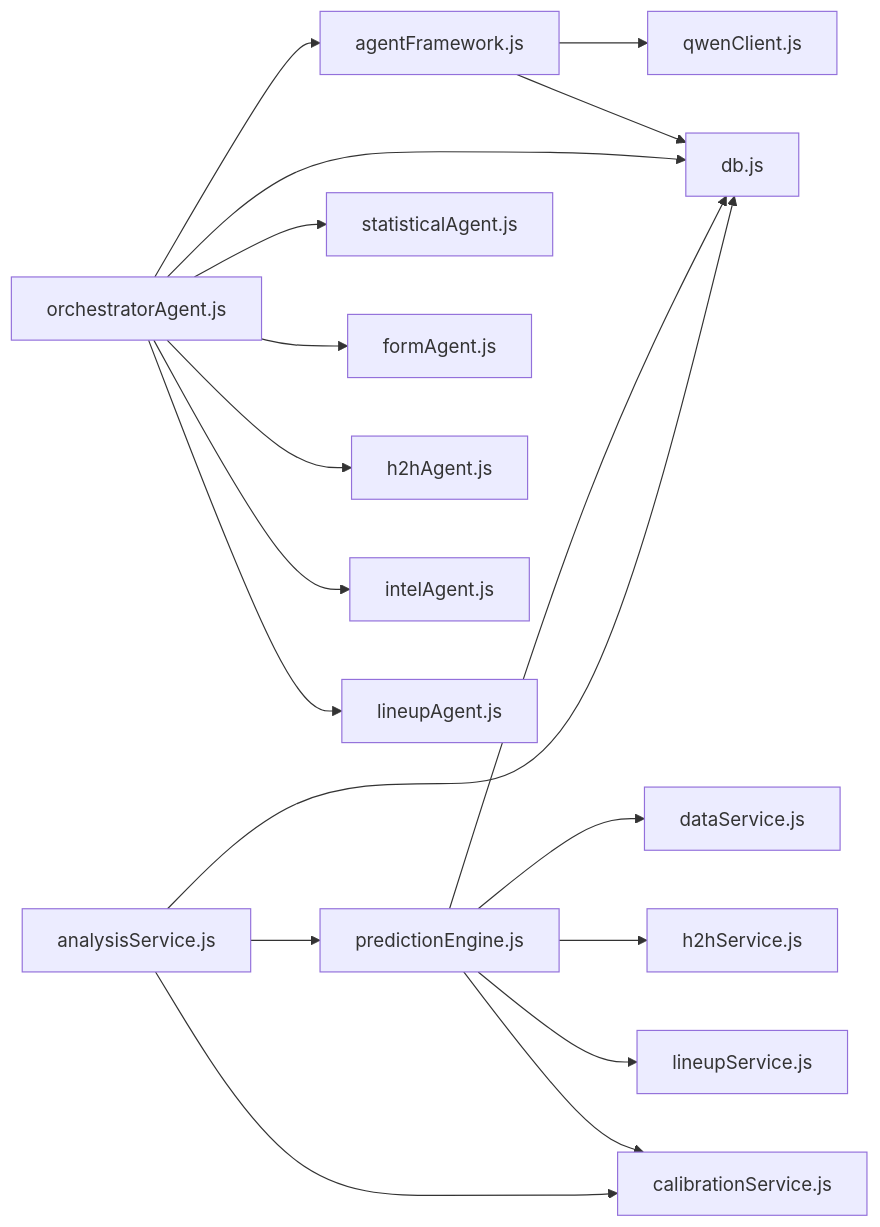
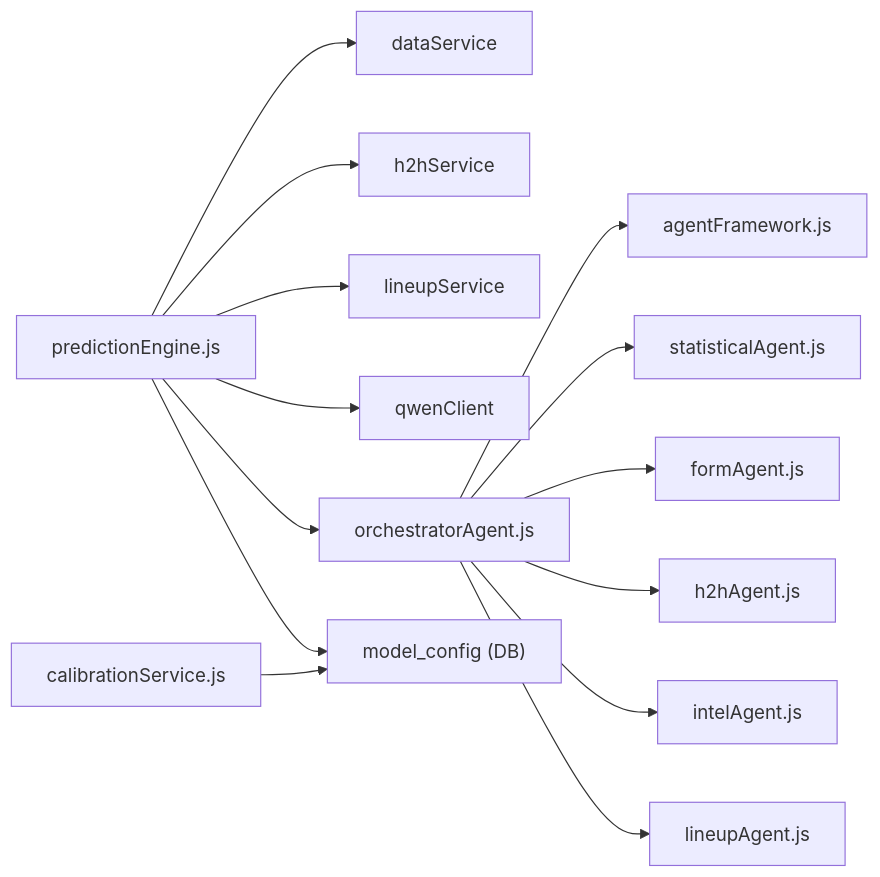
Before and after one commit to cheesiong/WC26-qwen: the eighth of 8 diagrams in .qoder/repowiki/en/content/Prediction Engine/Prediction Engine.md, drawn with Mermaid. The commit also changed other lines of this file and 181 other files, not shown here.

````diff
--- a/.qoder/repowiki/en/content/Prediction Engine/Prediction Engine.md
+++ b/.qoder/repowiki/en/content/Prediction Engine/Prediction Engine.md
@@ -517,20 +324,16 @@
 ```mermaid
 graph LR
-PE["predictionEngine.js"] --> DS["dataService.js"]
-PE --> HS["h2hService.js"]
-PE --> LS["lineupService.js"]
-PE --> CS["calibrationService.js"]
-OA["orchestratorAgent.js"] --> AF["agentFramework.js"]
-OA --> SA["statisticalAgent.js"]
-OA --> FA["formAgent.js"]
-OA --> HA["h2hAgent.js"]
-OA --> IA["intelAgent.js"]
-OA --> LA["lineupAgent.js"]
-AF --> QC["qwenClient.js"]
-AF --> DB["db.js"]
-OA --> DB
+PE["predictionEngine.js"] --> DS["dataService"]
+PE --> HS["h2hService"]
+PE --> LS["lineupService"]
+PE --> QC["qwenClient"]
+PE --> ORCH["orchestratorAgent.js"]
+ORCH --> AF["agentFramework.js"]
+ORCH --> SA["statisticalAgent.js"]
+ORCH --> FA["formAgent.js"]
+ORCH --> HA["h2hAgent.js"]
+ORCH --> IA["intelAgent.js"]
+ORCH --> LA["lineupAgent.js"]
+CS["calibrationService.js"] --> DB["model_config (DB)"]
 PE --> DB
-AS["analysisService.js"] --> PE
-AS --> CS
-AS --> DB
 ```
````
